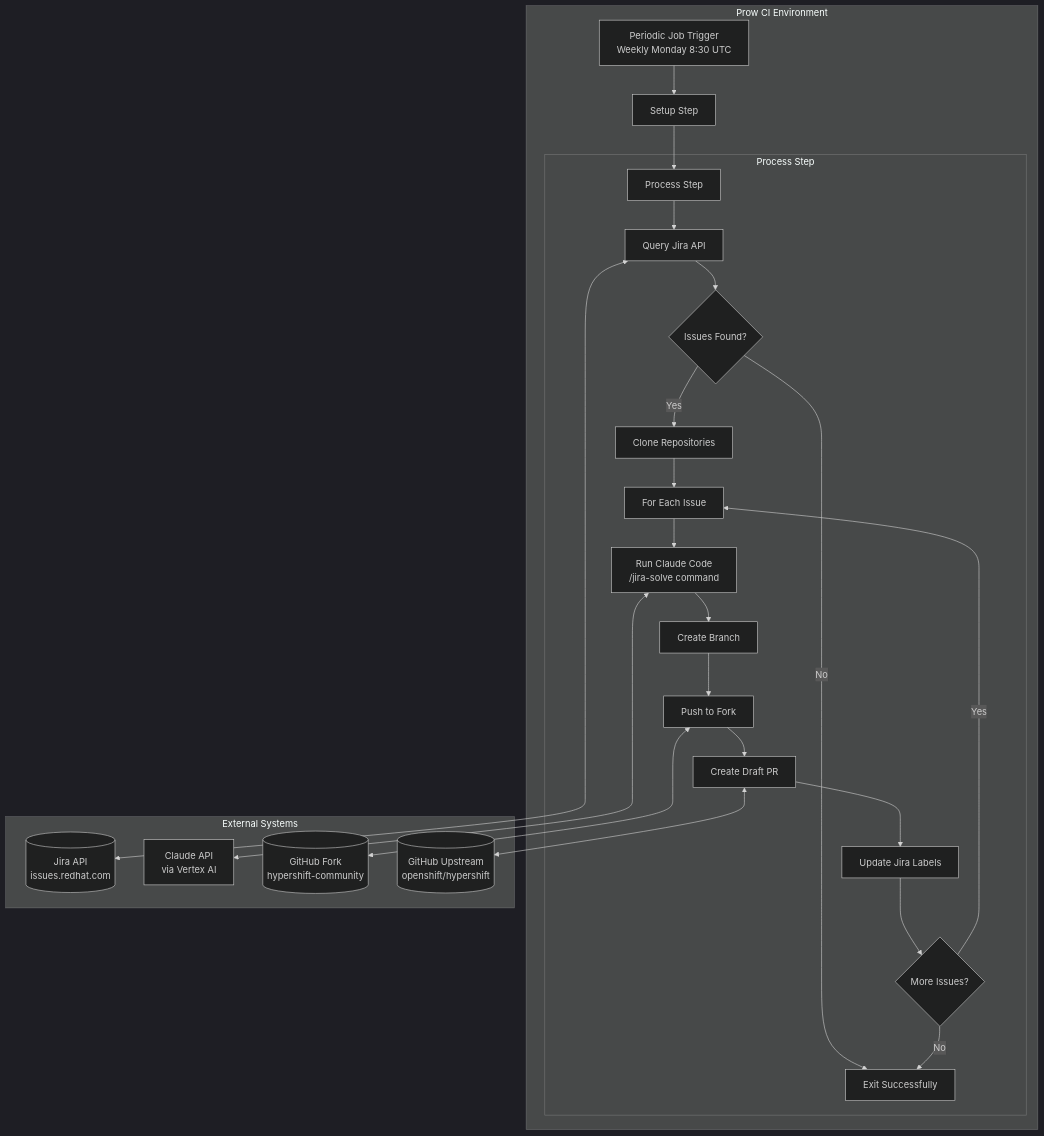
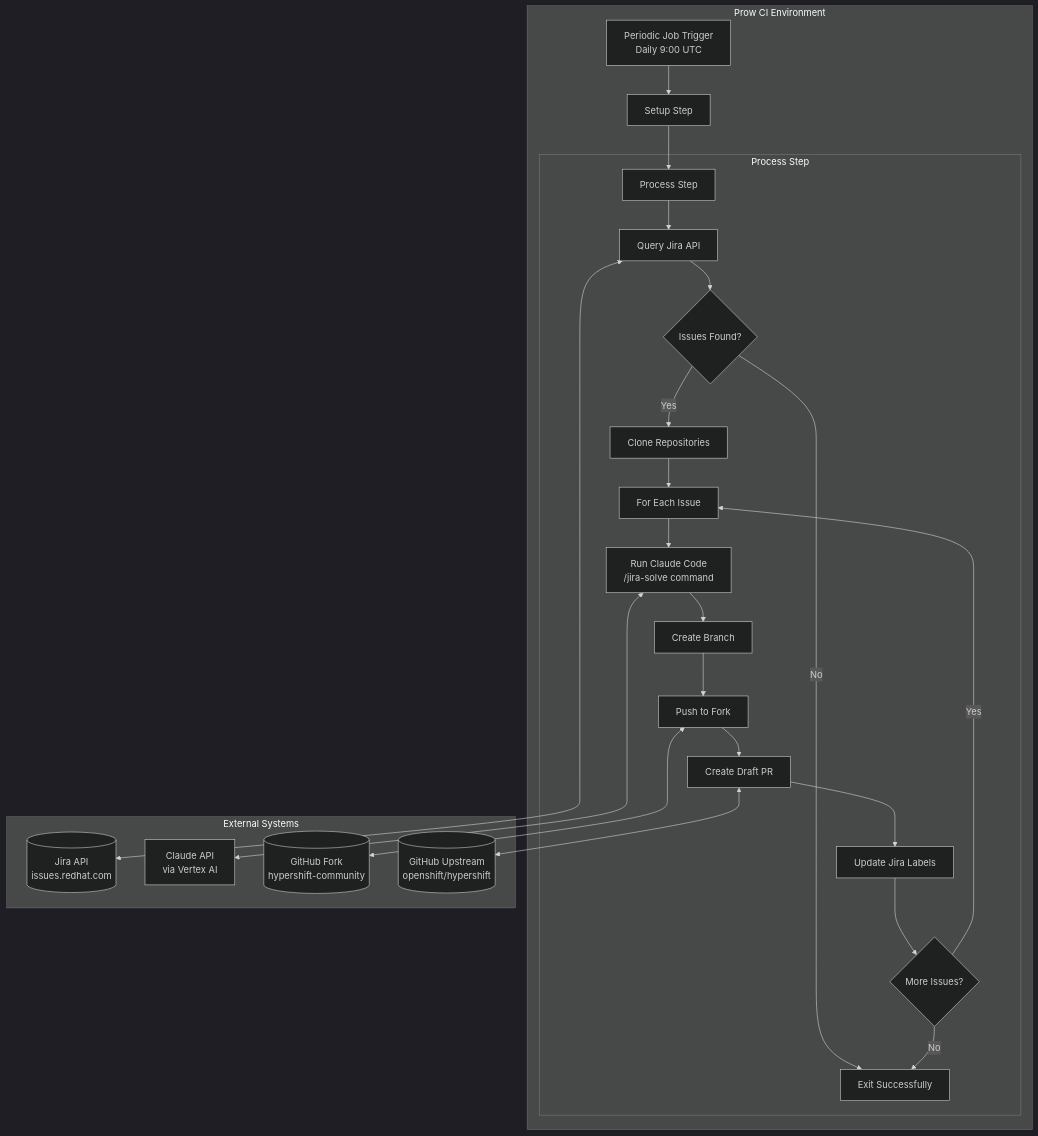
One commit to openshift/hypershift changed the first of 2 diagrams in docs/content/how-to/ci/ai-assisted-ci-jobs.md. Above: the diagram before and after it, drawn with Mermaid (dark theme). The commit also changed other lines of this file and 3 other files, not shown here.

````diff
--- a/docs/content/how-to/ci/ai-assisted-ci-jobs.md
+++ b/docs/content/how-to/ci/ai-assisted-ci-jobs.md
@@ -66,30 +71,30 @@
 ```mermaid
 flowchart TD
     subgraph "Prow CI Environment"
-        A[Periodic Job Trigger<br/>Weekly Monday 8:30 UTC] --> B[Setup Step]
+        A[Periodic Job Trigger<br/>Daily 9:00 UTC] --> B[Setup Step]
         B --> C[Process Step]
 
         subgraph "Process Step"
             C --> D[Query Jira API]
             D --> E{Issues Found?}
             E -->|No| F[Exit Successfully]
             E -->|Yes| G[Clone Repositories]
             G --> H[For Each Issue]
             H --> I[Run Claude Code<br/>/jira-solve command]
             I --> J[Create Branch]
             J --> K[Push to Fork]
             K --> L[Create Draft PR]
             L --> M[Update Jira Labels]
             M --> N{More Issues?}
             N -->|Yes| H
             N -->|No| F
         end
     end
 
     subgraph "External Systems"
         D <--> JIRA[(Jira API<br/>issues.redhat.com)]
         I <--> CLAUDE[Claude API<br/>via Vertex AI]
         K <--> FORK[(GitHub Fork<br/>hypershift-community)]
         L <--> UPSTREAM[(GitHub Upstream<br/>openshift/hypershift)]
     end
 ```
````
